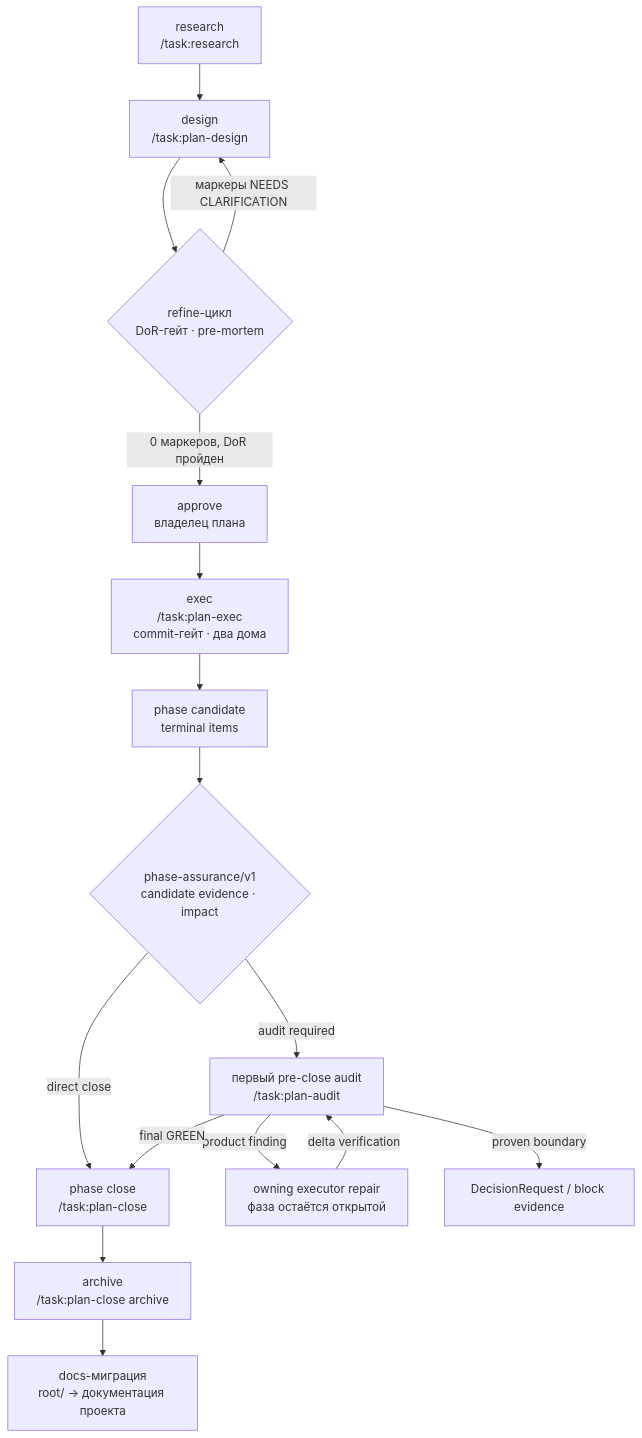
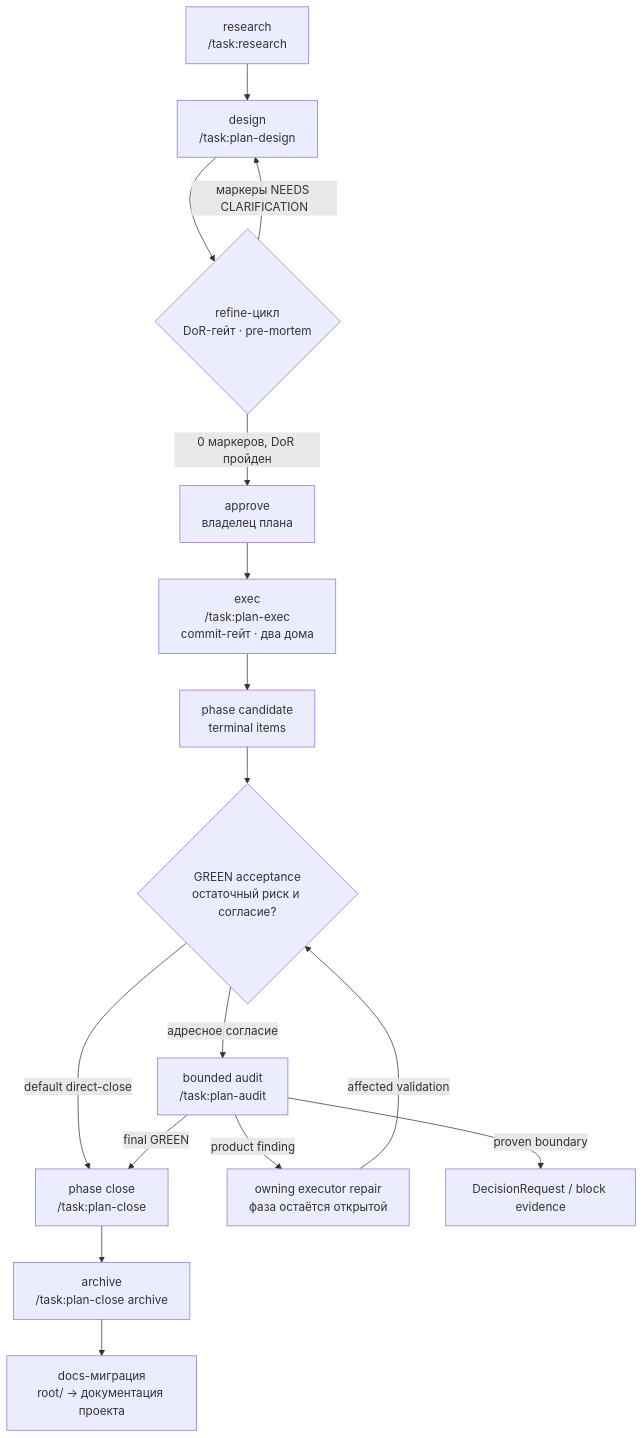
The diagram in packages/task/docs/methodology.md (academici/swissknifeman), drawn with Mermaid before and after one commit. The commit also changed other lines of this file and 71 other files, not shown here.

````diff
--- a/packages/task/docs/methodology.md
+++ b/packages/task/docs/methodology.md
@@ -15,18 +15,18 @@
 ```mermaid
 flowchart TD
     R[research<br>/task:research] --> D[design<br>/task:plan-design]
     D --> RF{refine-цикл<br>DoR-гейт · pre-mortem}
     RF -- маркеры NEEDS CLARIFICATION --> D
     RF -- 0 маркеров, DoR пройден --> A[approve<br>владелец плана]
     A --> E[exec<br>/task:plan-exec<br>commit-гейт · два дома]
     E --> C[phase candidate<br>terminal items]
-    C --> AP{phase-assurance/v1<br>candidate evidence · impact}
-    AP -- audit required --> RV[первый pre-close audit<br>/task:plan-audit]
-    AP -- direct close --> PC
+    C --> AP{GREEN acceptance<br>остаточный риск и согласие?}
+    AP -- адресное согласие --> RV[bounded audit<br>/task:plan-audit]
+    AP -- default direct-close --> PC
     RV -- product finding --> RE[owning executor repair<br>фаза остаётся открытой]
-    RE -- delta verification --> RV
+    RE -- affected validation --> AP
     RV -- final GREEN --> PC[phase close<br>/task:plan-close]
     RV -- proven boundary --> INC[DecisionRequest / block evidence]
     PC --> AR[archive<br>/task:plan-close archive]
     AR --> DOCS[docs-миграция<br>root/ → документация проекта]
 ```
````
